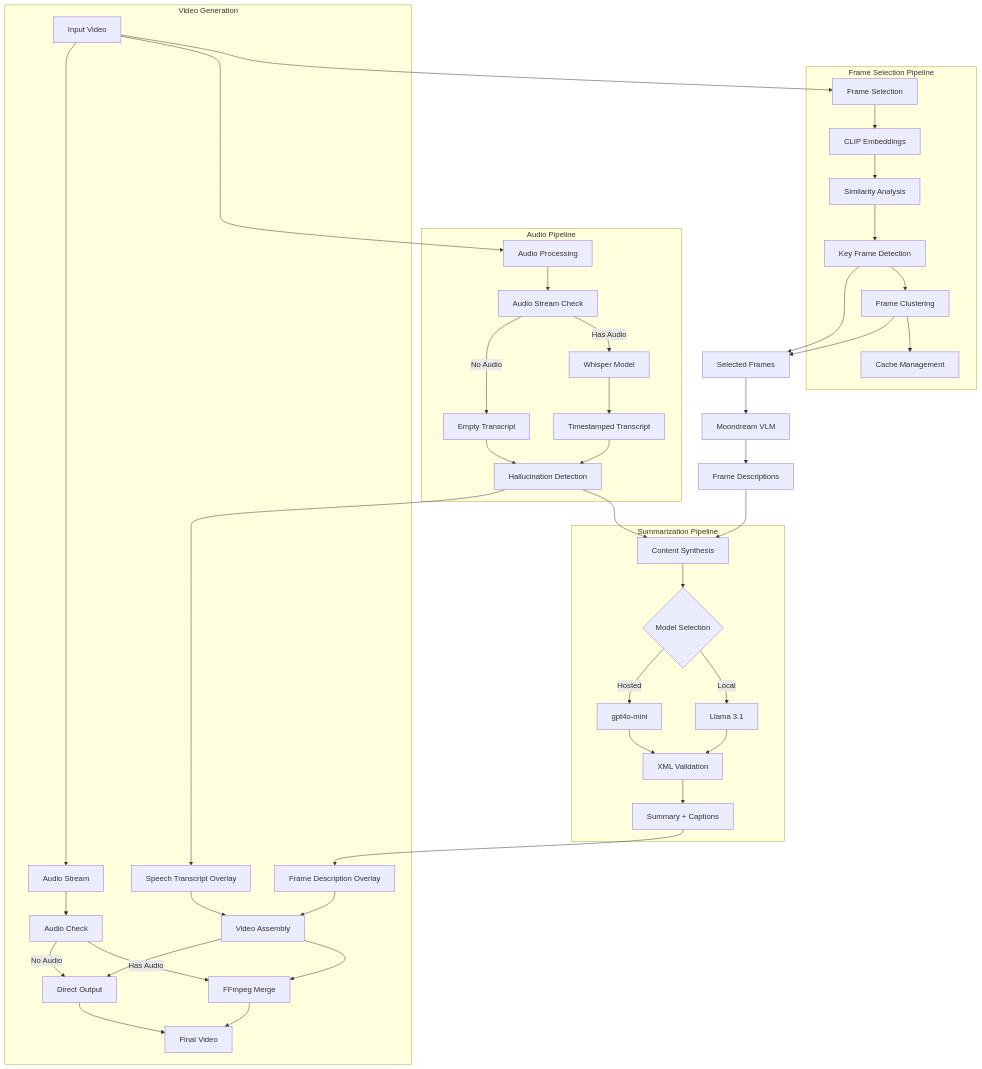
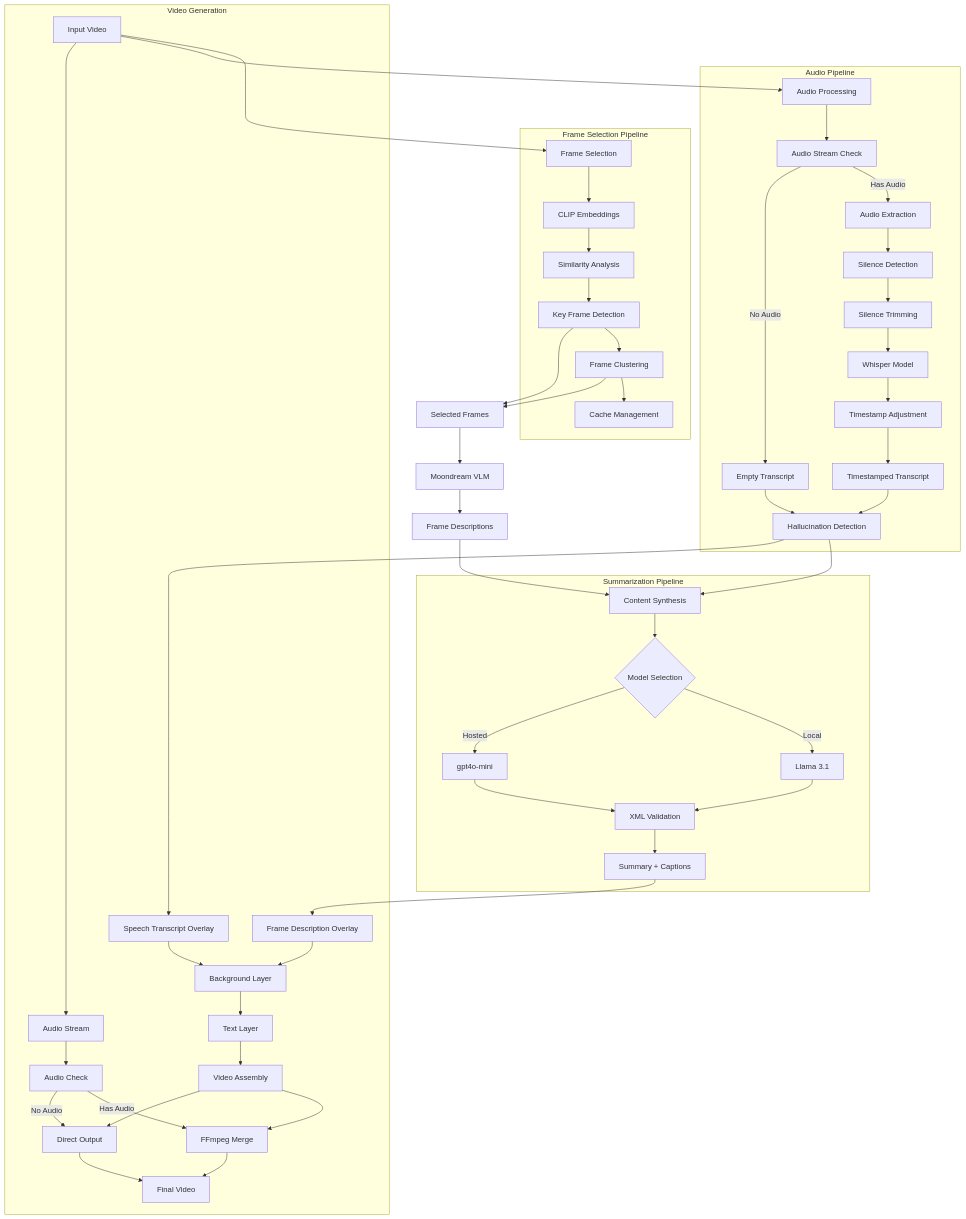
One commit to parsakhaz/video-understanding-engine changed the first of 2 diagrams in README.md. Above: the diagram before and after it, drawn with Mermaid. The commit also changed other lines of this file and 2 other files, not shown here.

Commit message:
better whisper transcription timing, silence removal, updated readme

````diff
--- a/README.md
+++ b/README.md
@@ -67,54 +67,60 @@
 ```mermaid
 graph TD
     A[Input Video] --> B[Frame Selection]
     A --> C[Audio Processing]
     
     subgraph "Frame Selection Pipeline"
     B --> D[CLIP Embeddings]
     D --> E[Similarity Analysis]
     E --> F[Key Frame Detection]
     F --> G[Frame Clustering]
     G --> H[Cache Management]
     end
     
     subgraph "Audio Pipeline"
     C --> AA[Audio Stream Check]
-    AA -->|Has Audio| I[Whisper Model]
+    AA -->|Has Audio| AE[Audio Extraction]
     AA -->|No Audio| AB[Empty Transcript]
-    I --> J[Timestamped Transcript]
+    AE --> AF[Silence Detection]
+    AF --> AG[Silence Trimming]
+    AG --> I[Whisper Model]
+    I --> AH[Timestamp Adjustment]
+    AH --> J[Timestamped Transcript]
     J --> K[Hallucination Detection]
     AB --> K
     end
     
     F --> L[Selected Frames]
     G --> L
     L --> M[Moondream VLM]
     M --> N[Frame Descriptions]
     
     K --> O[Content Synthesis]
     N --> O
     
     subgraph "Summarization Pipeline"
     O --> P{Model Selection}
     P -->|Local| Q[Llama 3.1]
     P -->|Hosted| R[gpt4o-mini]
     Q --> S[XML Validation]
     R --> S
     S --> T[Summary + Captions]
     end
     
     subgraph "Video Generation"
     T --> U[Frame Description Overlay]
     K --> V[Speech Transcript Overlay]
-    U --> W[Video Assembly]
-    V --> W
+    U --> AI[Background Layer]
+    AI --> AJ[Text Layer]
+    V --> AI
+    AJ --> W[Video Assembly]
     A --> X[Audio Stream]
     X --> AC[Audio Check]
     AC -->|Has Audio| Y[FFmpeg Merge]
     AC -->|No Audio| AD[Direct Output]
     W --> Y
     W --> AD
-    Y --> AE[Final Video]
-    AD --> AE
+    Y --> AK[Final Video]
+    AD --> AK
     end
 ```
````
